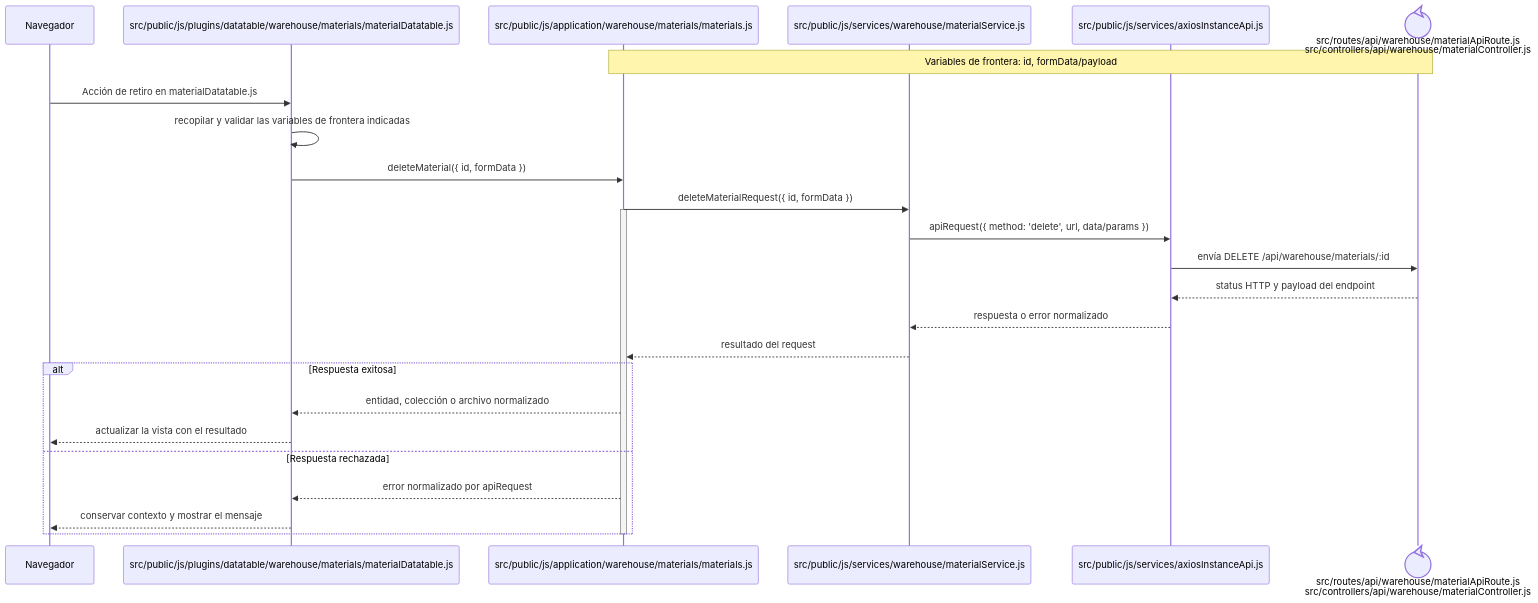
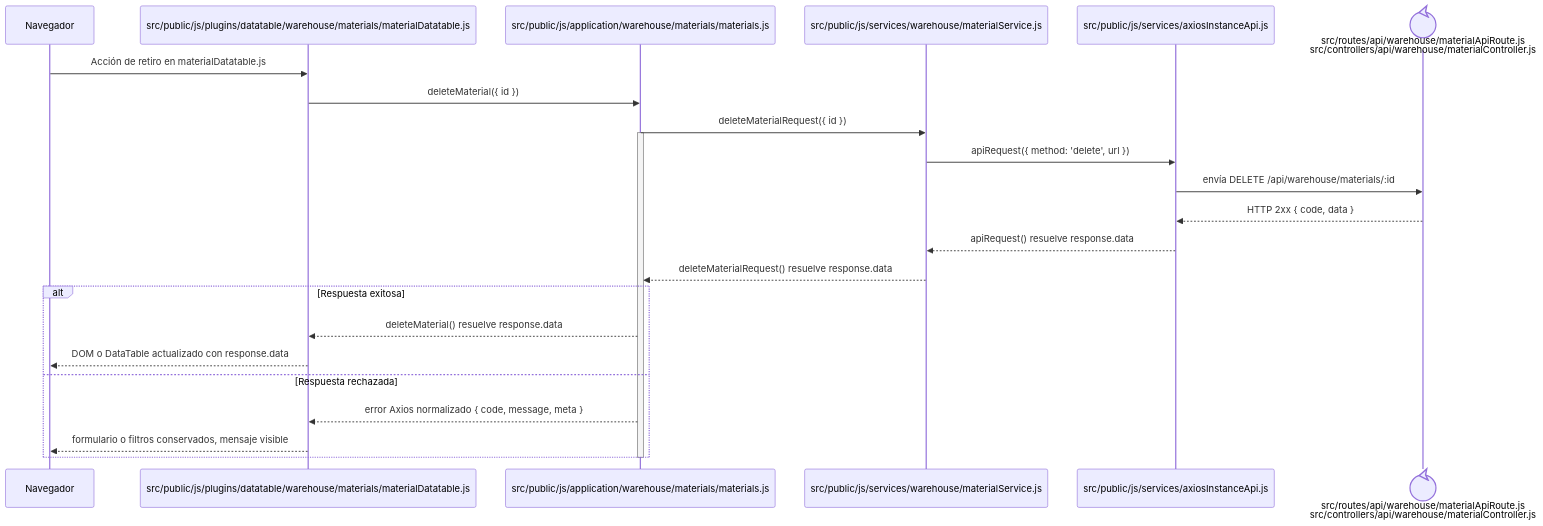
One commit to gpgsistemas01/nexus changed the diagram in docs/architecture/frontend-code-sequences/catalogs/cu-alm-04.md. Above: the diagram before and after it, drawn with Mermaid. The commit also changed 148 other files, not shown here.

````diff
--- a/docs/architecture/frontend-code-sequences/catalogs/cu-alm-04.md
+++ b/docs/architecture/frontend-code-sequences/catalogs/cu-alm-04.md
@@ -6,29 +6,27 @@
 ```mermaid
 sequenceDiagram
     participant Browser as Navegador
     participant View as src/public/js/plugins/datatable/warehouse/materials/materialDatatable.js
     participant Application as src/public/js/application/warehouse/materials/materials.js
     participant Request as src/public/js/services/warehouse/materialService.js
     participant HTTP as src/public/js/services/axiosInstanceApi.js
     participant Transport@{ "type": "control" } as src/routes/api/warehouse/materialApiRoute.js<br/>src/controllers/api/warehouse/materialController.js
-    Note over Application,Transport: Variables de frontera: id, formData/payload
 
     Browser->>View: Acción de retiro en materialDatatable.js
-    View->>View: recopilar y validar las variables de frontera indicadas
-    View->>Application: deleteMaterial({ id, formData })
-    Application->>Request: deleteMaterialRequest({ id, formData })
+    View->>Application: deleteMaterial({ id })
+    Application->>Request: deleteMaterialRequest({ id })
     activate Application
-    Request->>HTTP: apiRequest({ method: 'delete', url, data/params })
+    Request->>HTTP: apiRequest({ method: 'delete', url })
     HTTP->>Transport: envía DELETE /api/warehouse/materials/:id
-    Transport-->>HTTP: status HTTP y payload del endpoint
-    HTTP-->>Request: respuesta o error normalizado
-    Request-->>Application: resultado del request
+    Transport-->>HTTP: HTTP 2xx { code, data }
+    HTTP-->>Request: apiRequest() resuelve response.data
+    Request-->>Application: deleteMaterialRequest() resuelve response.data
     alt Respuesta exitosa
-        Application-->>View: entidad, colección o archivo normalizado
-        View-->>Browser: actualizar la vista con el resultado
+        Application-->>View: deleteMaterial() resuelve response.data
+        View-->>Browser: DOM o DataTable actualizado con response.data
     else Respuesta rechazada
-        Application-->>View: error normalizado por apiRequest
-        View-->>Browser: conservar contexto y mostrar el mensaje
+        Application-->>View: error Axios normalizado { code, message, meta }
+        View-->>Browser: formulario o filtros conservados, mensaje visible
     end
     deactivate Application
 ```
````
